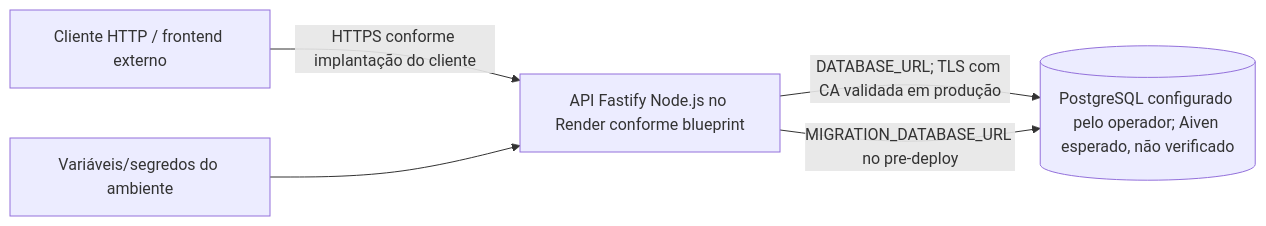
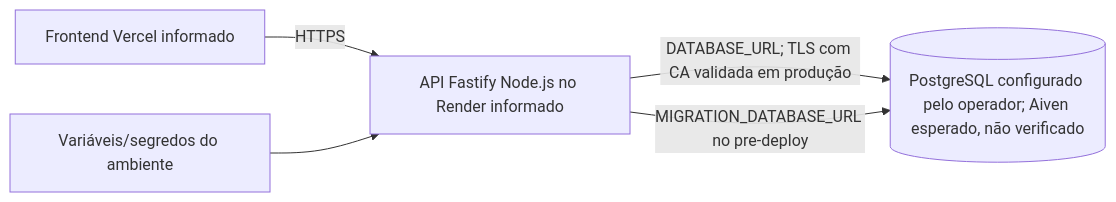
Before and after one commit to DoubleFelipe/backend-FHDOD: the diagram in docs/seguranca-e-nuvem.md, drawn with Mermaid. The commit also changed other lines of this file and 5 other files, not shown here.

````diff
--- a/docs/seguranca-e-nuvem.md
+++ b/docs/seguranca-e-nuvem.md
@@ -11,7 +11,7 @@
 ```mermaid
 flowchart LR
-  C[Cliente HTTP / frontend externo] -->|HTTPS conforme implantação do cliente| R[API Fastify Node.js no Render conforme blueprint]
+  C[Frontend Vercel informado] -->|HTTPS| R[API Fastify Node.js no Render informado]
   R -->|DATABASE_URL; TLS com CA validada em produção| PG[(PostgreSQL configurado pelo operador; Aiven esperado, não verificado)]
   R -->|MIGRATION_DATABASE_URL no pre-deploy| PG
   ENV[Variáveis/segredos do ambiente] --> R
 ```
````
